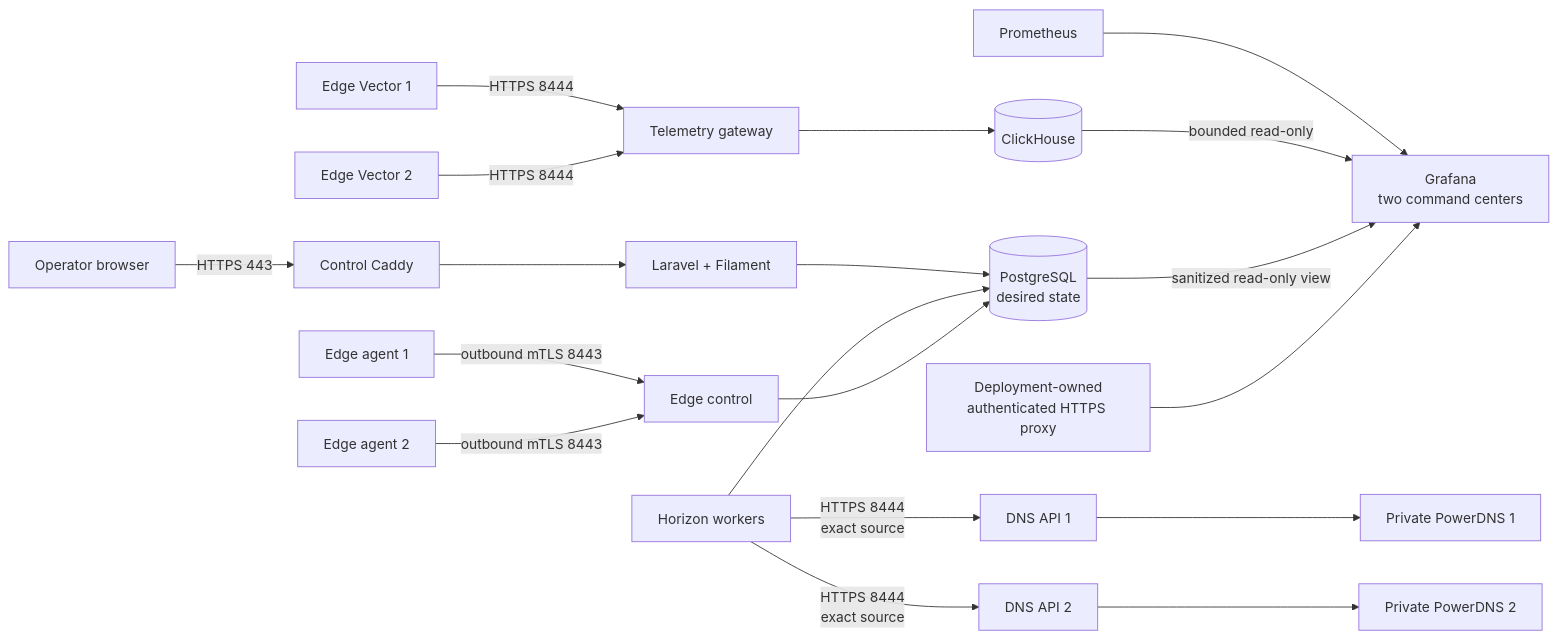
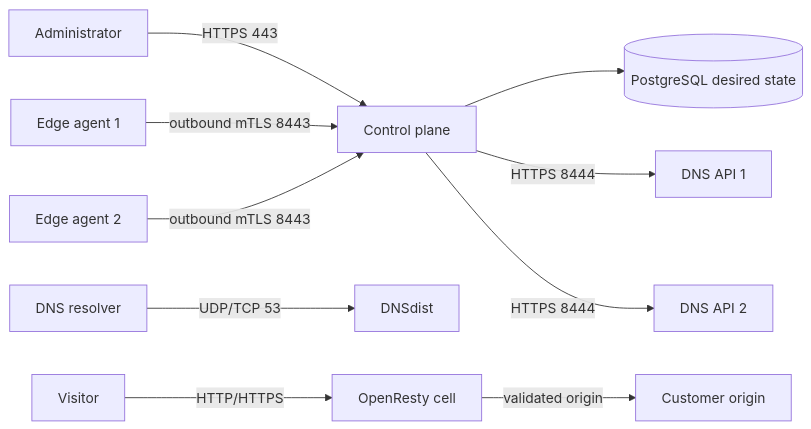
One commit to vaheed/CDNFoundry changed the diagram in docs/deployment/production-quick-start.md. Above: the diagram before and after it, drawn with Mermaid. The commit also changed other lines of this file and 5 other files, not shown here.

````diff
--- a/docs/deployment/production-quick-start.md
+++ b/docs/deployment/production-quick-start.md
@@ -44,21 +48,12 @@
 ```mermaid
 flowchart LR
-    Operator["Operator browser"] -->|"HTTPS 443"| Gateway["Control Caddy"]
-    Gateway --> Panel["Laravel + Filament"]
-    Panel --> Desired[("PostgreSQL<br/>desired state")]
-    Worker["Horizon workers"] --> Desired
-    Agent1["Edge agent 1"] -->|"outbound mTLS 8443"| Control["Edge control"]
+    Admin["Administrator"] -->|"HTTPS 443"| Control["Control plane"]
+    Control --> Desired[("PostgreSQL desired state")]
+    Agent1["Edge agent 1"] -->|"outbound mTLS 8443"| Control
     Agent2["Edge agent 2"] -->|"outbound mTLS 8443"| Control
-    Control --> Desired
-    Worker -->|"HTTPS 8444<br/>exact source"| API1["DNS API 1"]
-    Worker -->|"HTTPS 8444<br/>exact source"| API2["DNS API 2"]
-    API1 --> PDNS1["Private PowerDNS 1"]
-    API2 --> PDNS2["Private PowerDNS 2"]
-    Vector1["Edge Vector 1"] -->|"HTTPS 8444"| Telemetry["Telemetry gateway"]
-    Vector2["Edge Vector 2"] -->|"HTTPS 8444"| Telemetry
-    Telemetry --> ClickHouse[("ClickHouse")]
-    Prometheus["Prometheus"] --> Grafana["Grafana<br/>two command centers"]
-    ClickHouse -->|"bounded read-only"| Grafana
-    Desired -->|"sanitized read-only view"| Grafana
-    OpsProxy["Deployment-owned<br/>authenticated HTTPS proxy"] --> Grafana
+    Control -->|"HTTPS 8444"| DNS1["DNS API 1"]
+    Control -->|"HTTPS 8444"| DNS2["DNS API 2"]
+    Resolver["DNS resolver"] -->|"UDP/TCP 53"| DNSdist["DNSdist"]
+    Visitor["Visitor"] -->|"HTTP/HTTPS"| Cell["OpenResty cell"]
+    Cell -->|"validated origin"| Origin["Customer origin"]
 ```
````
